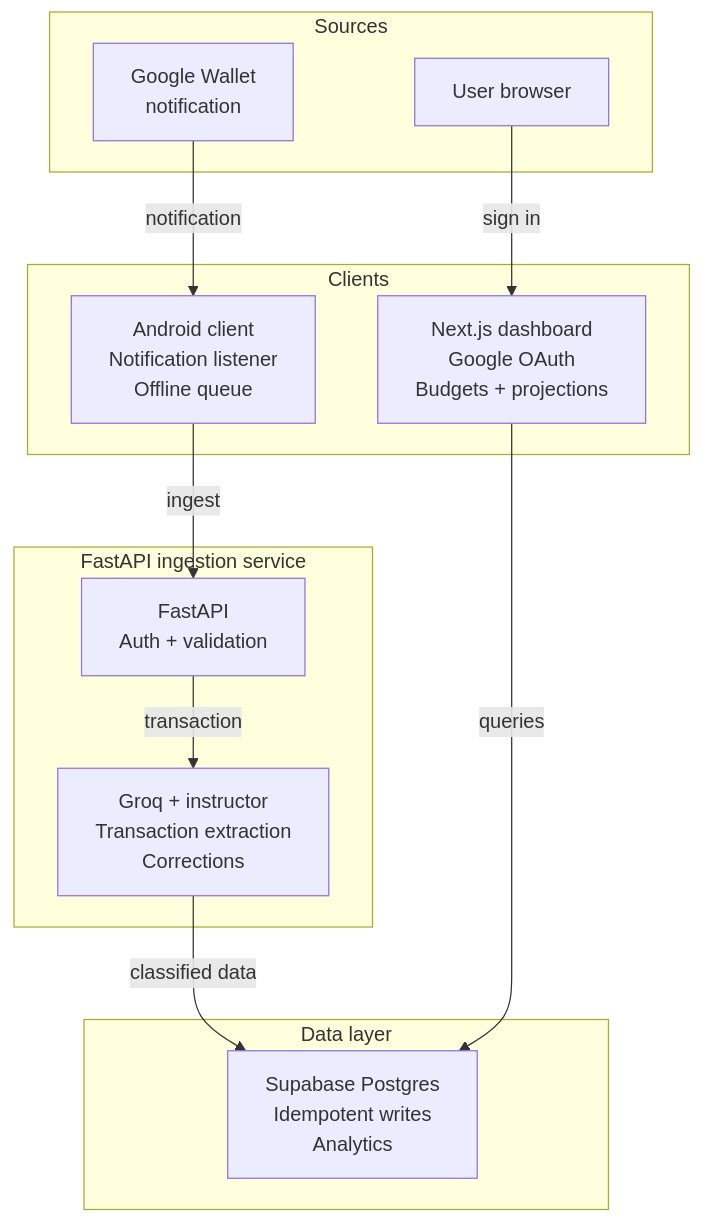
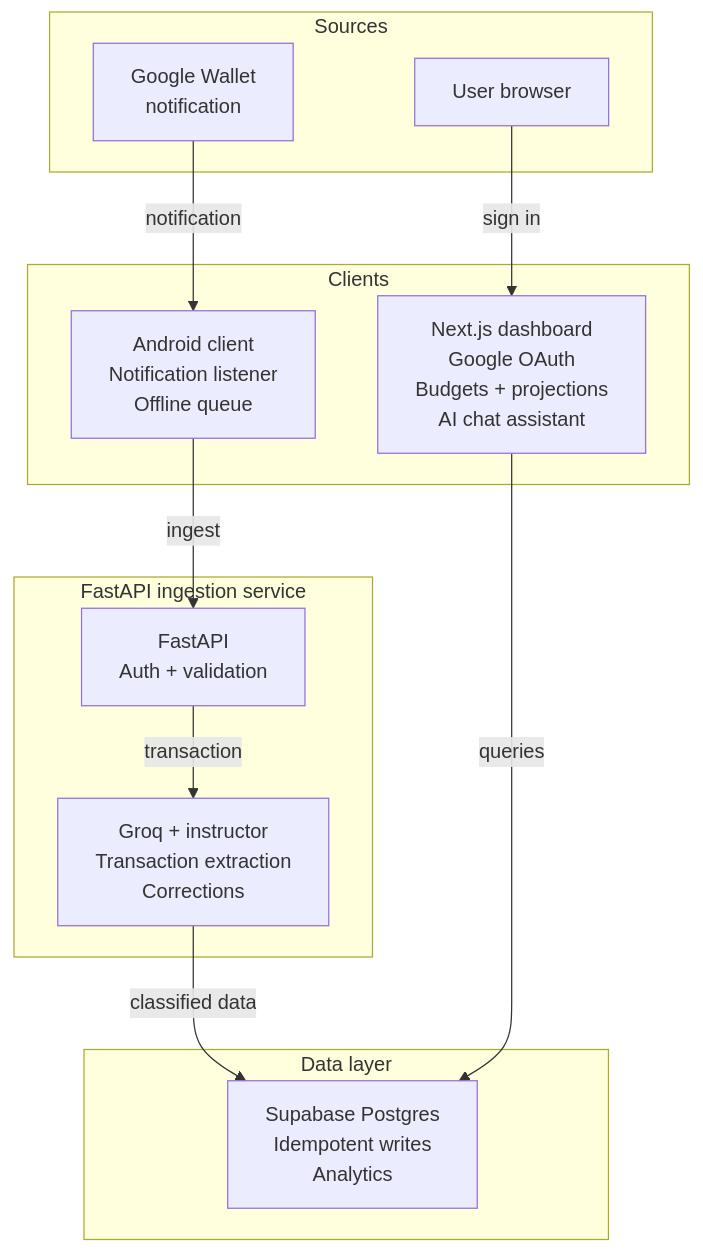
Before and after one commit to Brain256/Smart-Finance-Tracker: the first of 2 diagrams in README.md, drawn with Mermaid. The commit also changed other lines of this file and 21 other files, not shown here.

````diff
--- a/README.md
+++ b/README.md
@@ -28,28 +28,28 @@
 ```mermaid
 flowchart TB
   subgraph sources["Sources"]
     wallet["Google Wallet<br/>notification"]
     user["User browser"]
   end
 
   subgraph clients["Clients"]
     android["Android client<br/>Notification listener<br/>Offline queue"]
-    dashboard["Next.js dashboard<br/>Google OAuth<br/>Budgets + projections"]
+    dashboard["Next.js dashboard<br/>Google OAuth<br/>Budgets + projections<br/>AI chat assistant"]
   end
 
   subgraph backend["FastAPI ingestion service"]
     api["FastAPI<br/>Auth + validation"]
     classifier["Groq + instructor<br/>Transaction extraction<br/>Corrections"]
   end
 
   subgraph data["Data layer"]
     postgres["Supabase Postgres<br/>Idempotent writes<br/>Analytics"]
   end
 
   wallet -->|"notification"| android
   android -->|"ingest"| api
   api -->|"transaction"| classifier
   classifier -->|"classified data"| postgres
   user -->|"sign in"| dashboard
   dashboard -->|"queries"| postgres
 ```
````
